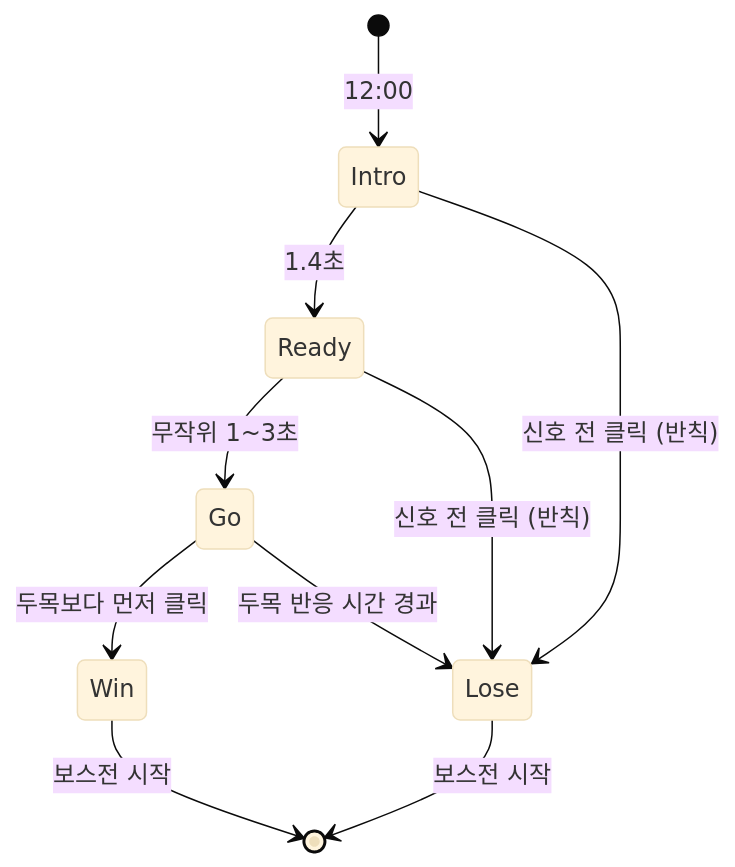
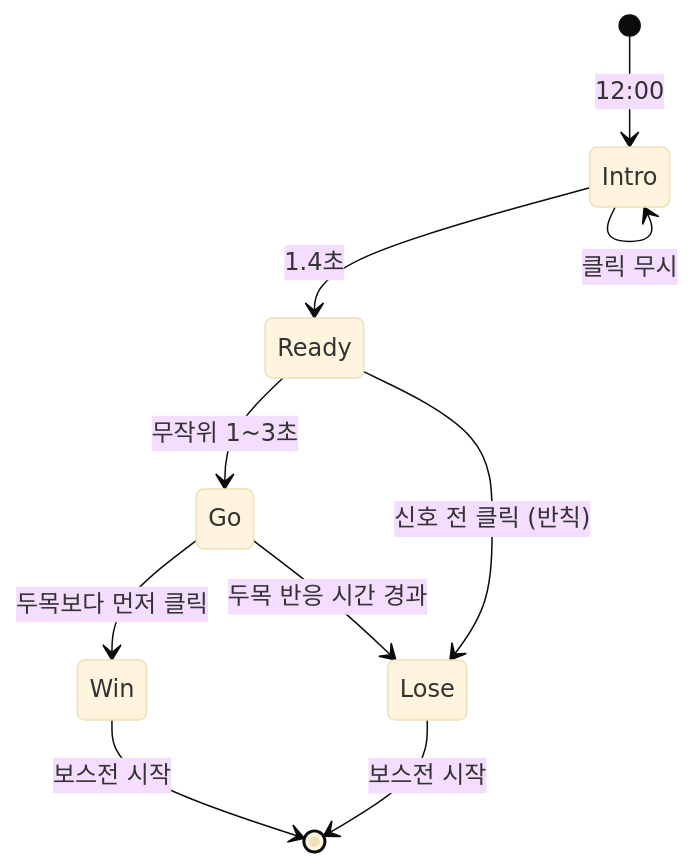
The fifth of 5 diagrams in PRD.md (semin1228/Last6Bullet), drawn with Mermaid (base theme) before and after one commit. The commit also changed other lines of this file and 1 other file, not shown here.

````diff
--- a/PRD.md
+++ b/PRD.md
@@ -341,12 +349,12 @@
 ```mermaid
 stateDiagram-v2
     [*] --> Intro: 12:00
     Intro --> Ready: 1.4초
     Ready --> Go: 무작위 1~3초
     Ready --> Lose: 신호 전 클릭 (반칙)
-    Intro --> Lose: 신호 전 클릭 (반칙)
+    Intro --> Intro: 클릭 무시
     Go --> Win: 두목보다 먼저 클릭
     Go --> Lose: 두목 반응 시간 경과
     Win --> [*]: 보스전 시작
     Lose --> [*]: 보스전 시작
 ```
````
